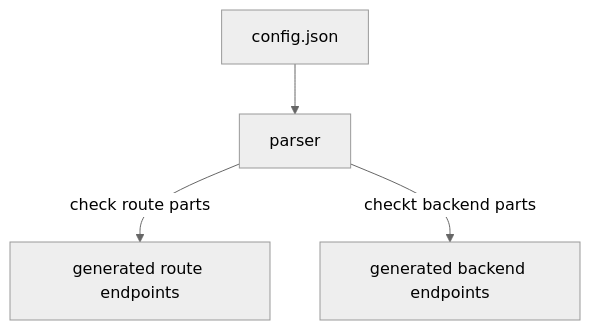
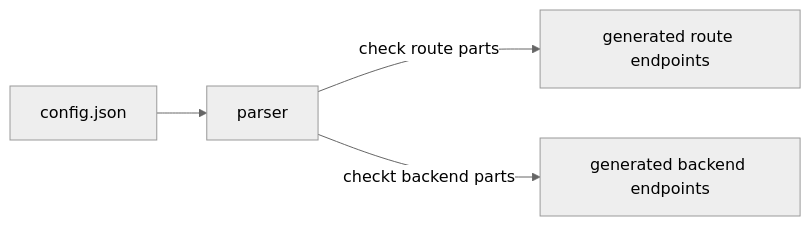
Before and after one commit to cheesama/fastapi-gateway: the first of 2 diagrams in README.md, drawn with Mermaid (neutral theme). The commit also changed other lines of this file, not shown here.

````diff
--- a/README.md
+++ b/README.md
@@ -26,7 +26,7 @@
 ```mermaid
-  graph TD;
+  graph LR;
       A[config.json]-->B[parser]
       B-->|check route parts|C[generated route endpoints]
       B-->|checkt backend parts|D[generated backend endpoints]
      
 ```
````
